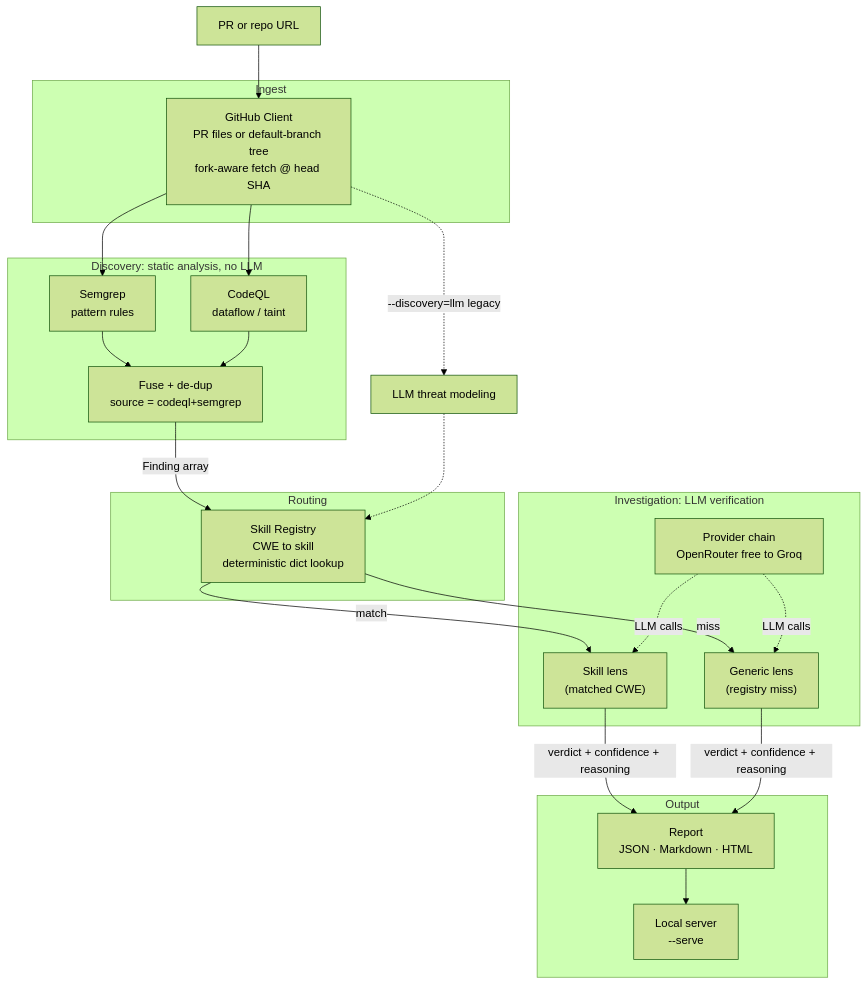
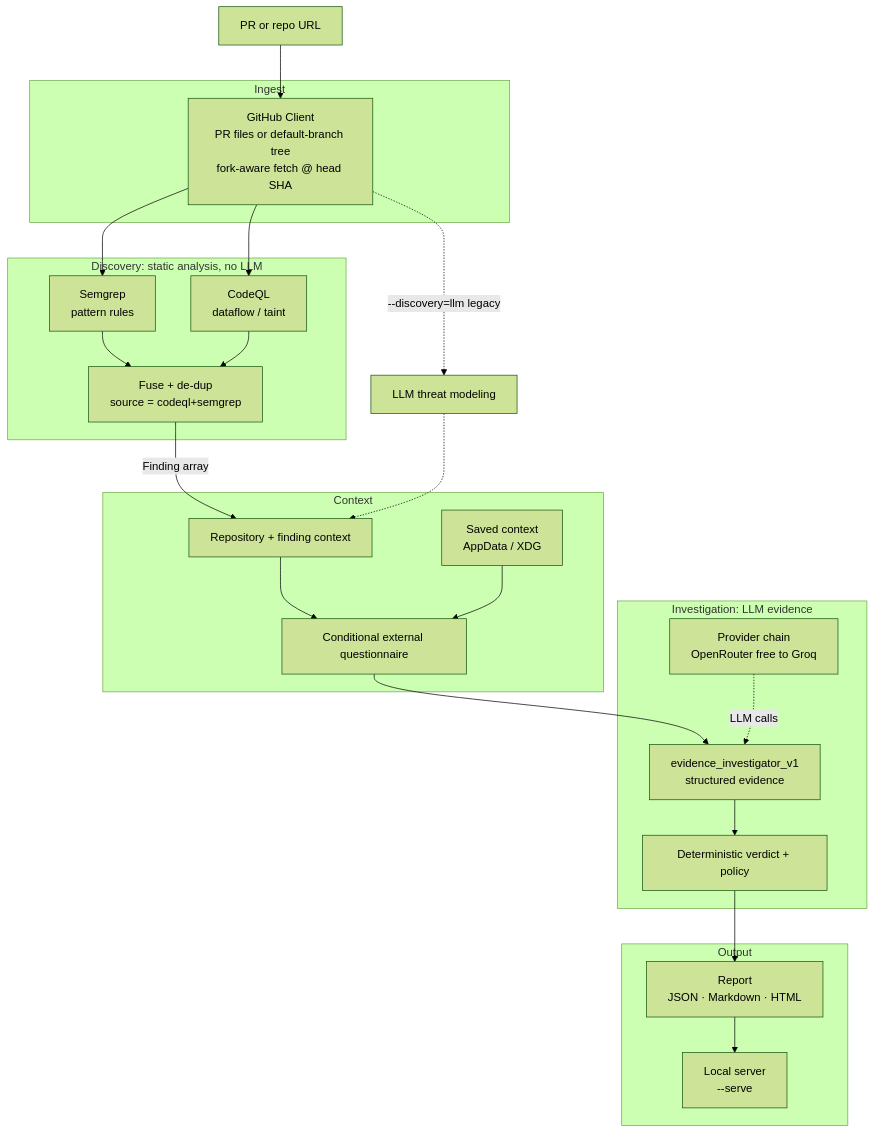
Before and after one commit to prasannasalunkhe18/ThreatLens: the first of 2 diagrams in README.md, drawn with Mermaid (forest theme). The commit also changed other lines of this file and 51 other files, not shown here.

First line of the commit message:
Ship evidence-driven triage with Groq-first free LLM priority.

````diff
--- a/README.md
+++ b/README.md
@@ -29,45 +31,47 @@
 ```mermaid
 flowchart TB
     PR[PR or repo URL]
 
     subgraph ingest [Ingest]
         GH["GitHub Client<br/>PR files or default-branch tree<br/>fork-aware fetch @ head SHA"]
     end
 
     subgraph discovery ["Discovery: static analysis, no LLM"]
         SG["Semgrep<br/>pattern rules"]
         CQ["CodeQL<br/>dataflow / taint"]
         FU["Fuse + de-dup<br/>source = codeql+semgrep"]
     end
 
-    subgraph route [Routing]
-        REG["Skill Registry<br/>CWE to skill<br/>deterministic dict lookup"]
+    subgraph context [Context]
+        RC["Repository + finding context"]
+        Q["Conditional external questionnaire"]
+        STORE["Saved context<br/>AppData / XDG"]
     end
 
-    subgraph investigate ["Investigation: LLM verification"]
-        SK["Skill lens<br/>(matched CWE)"]
-        GN["Generic lens<br/>(registry miss)"]
+    subgraph investigate ["Investigation: LLM evidence"]
+        EV["evidence_investigator_v1<br/>structured evidence"]
         PROV["Provider chain<br/>OpenRouter free to Groq"]
+        VD["Deterministic verdict + policy"]
     end
 
     subgraph output [Output]
         RPT["Report<br/>JSON · Markdown · HTML"]
         SRV["Local server<br/>--serve"]
     end
 
     PR --> GH
     GH --> SG
     GH --> CQ
     GH -.->|--discovery=llm legacy| LLMTM["LLM threat modeling"]
     SG --> FU
     CQ --> FU
-    FU -->|Finding array| REG
-    LLMTM -.-> REG
-    REG -->|match| SK
-    REG -->|miss| GN
-    PROV -.LLM calls.-> SK
-    PROV -.LLM calls.-> GN
-    SK -->|verdict + confidence + reasoning| RPT
-    GN -->|verdict + confidence + reasoning| RPT
+    FU -->|Finding array| RC
+    LLMTM -.-> RC
+    RC --> Q
+    STORE --> Q
+    Q --> EV
+    PROV -.LLM calls.-> EV
+    EV --> VD
+    VD --> RPT
     RPT --> SRV
 ```
````
